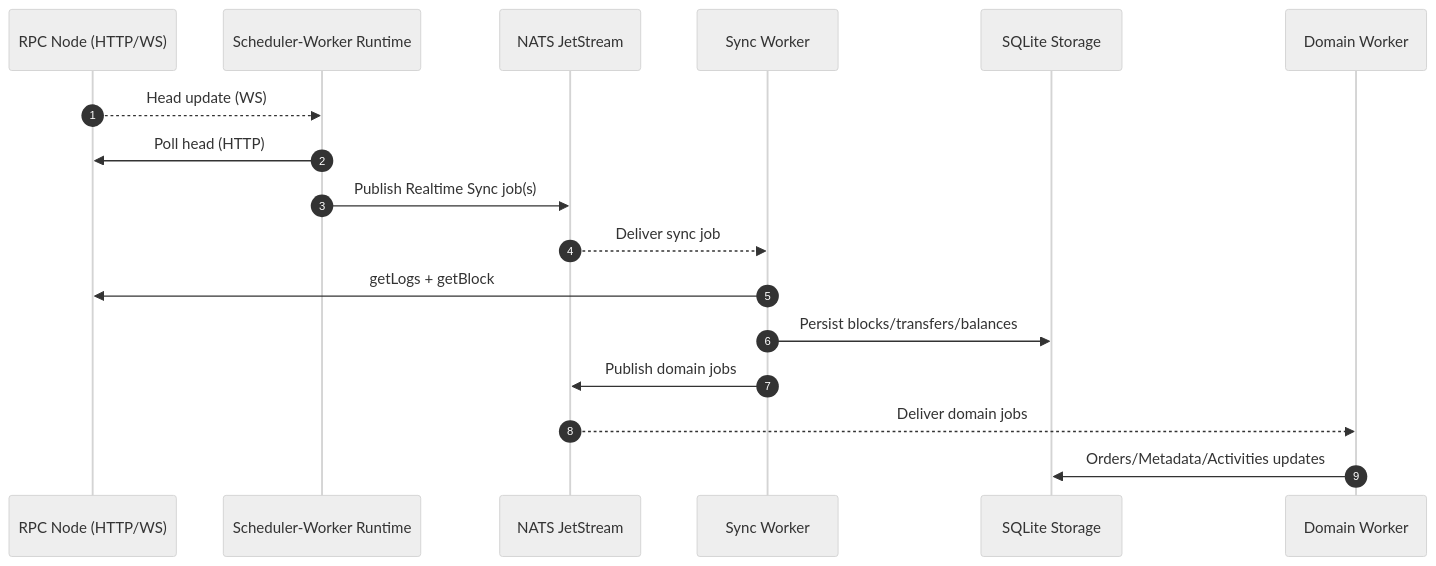
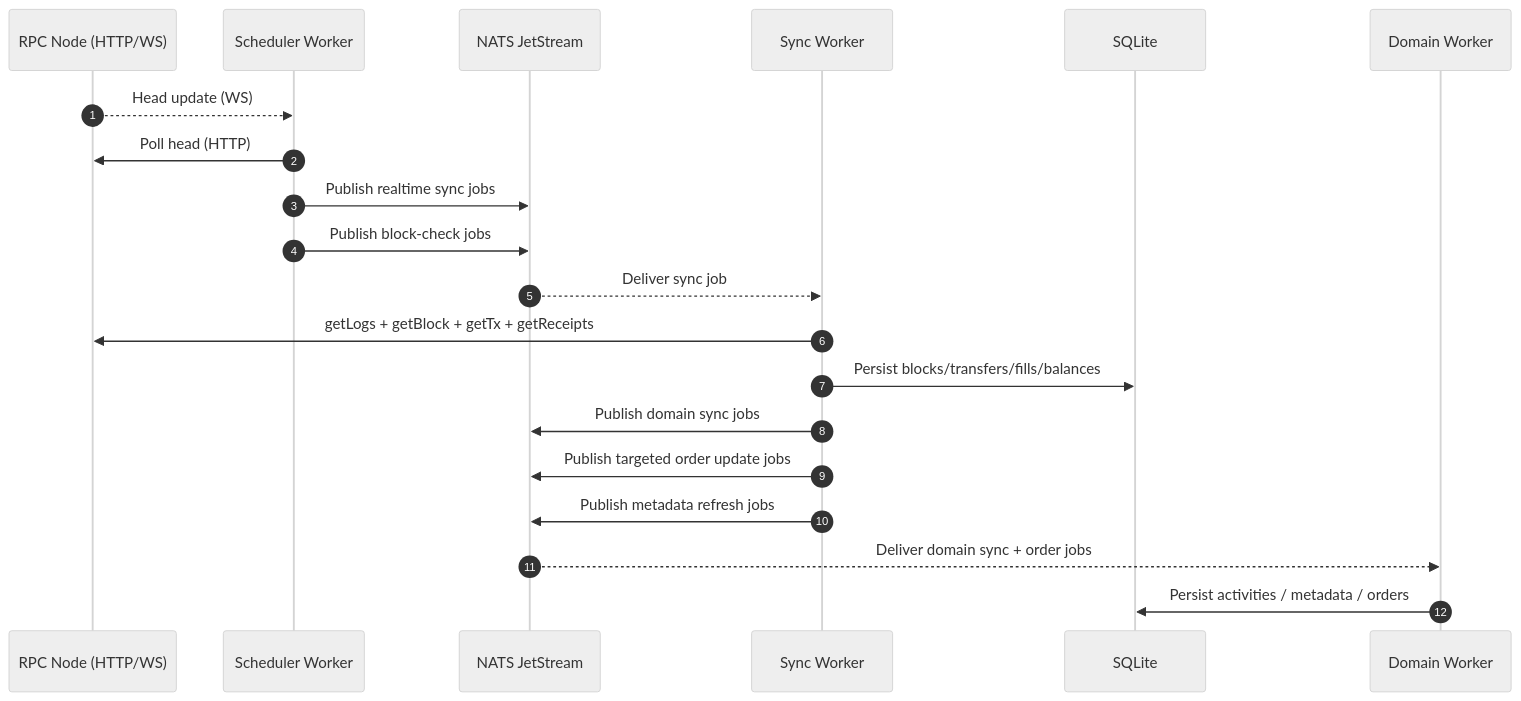
One commit to d347h-eth/artgod changed the first of 3 diagrams in docs/indexer/13-sequence-diagrams.md. Above: the diagram before and after it, drawn with Mermaid (neutral theme). The commit also changed other lines of this file and 10 other files, not shown here.

````diff
--- a/docs/indexer/13-sequence-diagrams.md
+++ b/docs/indexer/13-sequence-diagrams.md
@@ -7,22 +7,25 @@
 ```mermaid
 sequenceDiagram
     autonumber
     participant RPC as RPC Node (HTTP/WS)
-    participant SchedulerWorker as Scheduler-Worker Runtime
+    participant Scheduler as Scheduler Worker
     participant NATS as NATS JetStream
     participant Sync as Sync Worker
-    participant DB as SQLite Storage
+    participant DB as SQLite
     participant Domain as Domain Worker
 
-    RPC-->>SchedulerWorker: Head update (WS)
-    SchedulerWorker->>RPC: Poll head (HTTP)
-    SchedulerWorker->>NATS: Publish Realtime Sync job(s)
+    RPC-->>Scheduler: Head update (WS)
+    Scheduler->>RPC: Poll head (HTTP)
+    Scheduler->>NATS: Publish realtime sync jobs
+    Scheduler->>NATS: Publish block-check jobs
 
     NATS-->>Sync: Deliver sync job
-    Sync->>RPC: getLogs + getBlock
-    Sync->>DB: Persist blocks/transfers/balances
-    Sync->>NATS: Publish domain jobs
+    Sync->>RPC: getLogs + getBlock + getTx + getReceipts
+    Sync->>DB: Persist blocks/transfers/fills/balances
+    Sync->>NATS: Publish domain sync jobs
+    Sync->>NATS: Publish targeted order update jobs
+    Sync->>NATS: Publish metadata refresh jobs
 
-    NATS-->>Domain: Deliver domain jobs
-    Domain->>DB: Orders/Metadata/Activities updates
+    NATS-->>Domain: Deliver domain sync + order jobs
+    Domain->>DB: Persist activities / metadata / orders
 ```
````
